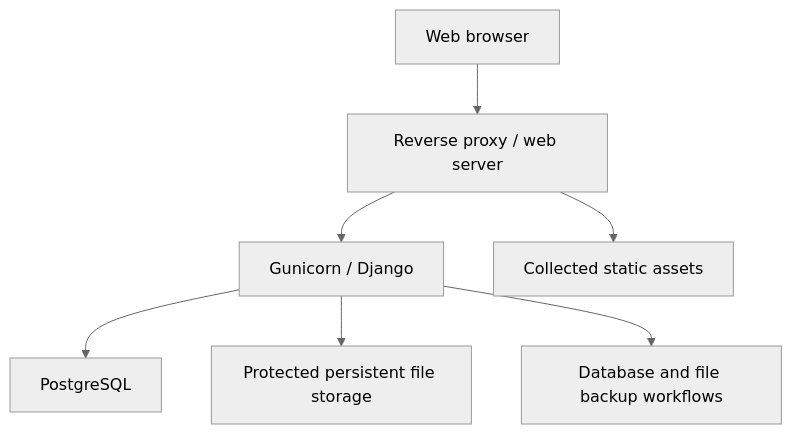
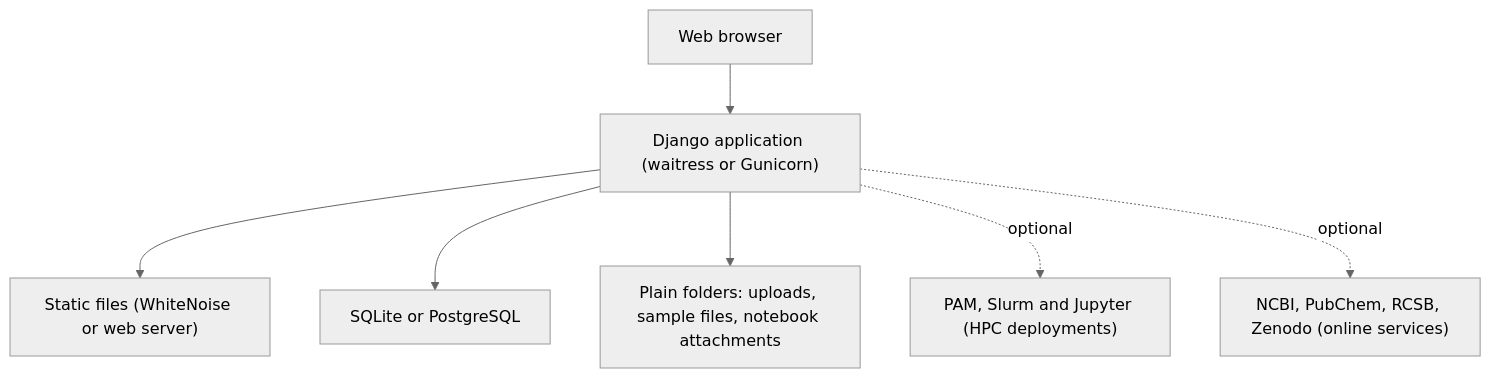
One commit to leepusp/b3lims changed the diagram in README.md. Above: the diagram before and after it, drawn with Mermaid (neutral theme). The commit also changed other lines of this file and 28 other files, not shown here.

````diff
--- a/README.md
+++ b/README.md
@@ -32,9 +130,9 @@
 ```mermaid
 flowchart TD
-    Client["Web browser"] --> Proxy["Reverse proxy / web server"]
-    Proxy --> App["Gunicorn / Django"]
-    Proxy --> Static["Collected static assets"]
-    App --> Database["PostgreSQL"]
-    App --> Storage["Protected persistent file storage"]
-    App --> Backup["Database and file backup workflows"]
+    Client["Web browser"] --> App["Django application (waitress or Gunicorn)"]
+    App --> Static["Static files (WhiteNoise or web server)"]
+    App --> Database["SQLite or PostgreSQL"]
+    App --> Files["Plain folders: uploads, sample files, notebook attachments"]
+    App -. optional .-> Cluster["PAM, Slurm and Jupyter (HPC deployments)"]
+    App -. optional .-> Online["NCBI, PubChem, RCSB, Zenodo (online services)"]
 ```
````
